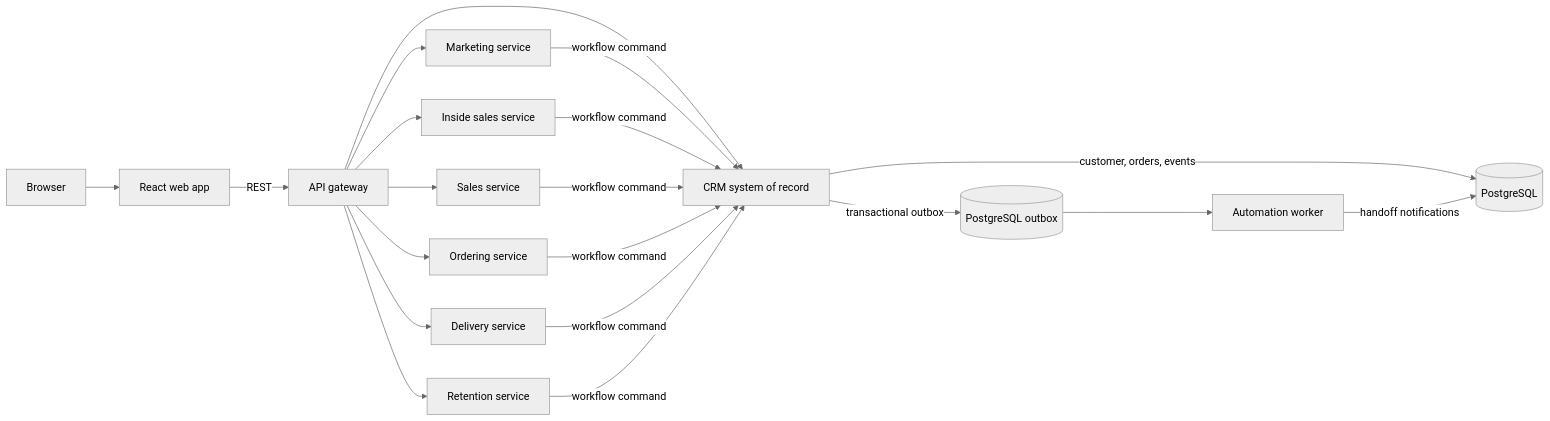
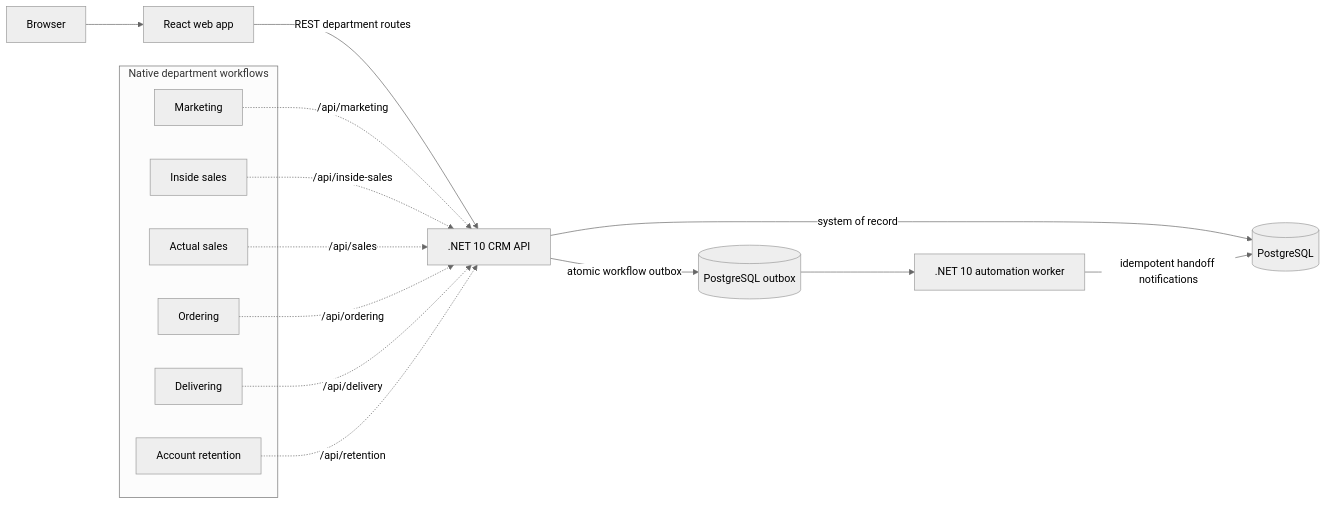
Before and after one commit to bryarcole/lifecycle-crm-platform: the diagram in README.md, drawn with Mermaid (neutral theme). The commit also changed other lines of this file and 71 other files, not shown here.

Commit message:
Migrate CRM backend and worker to .NET 10

````diff
--- a/README.md
+++ b/README.md
@@ -69,22 +88,23 @@
 ```mermaid
 flowchart LR
-    Browser[Browser] --> Web[React web app]
-    Web -->|REST| Gateway[API gateway]
-    Gateway --> Marketing[Marketing service]
-    Gateway --> InsideSales[Inside sales service]
-    Gateway --> Sales[Sales service]
-    Gateway --> Ordering[Ordering service]
-    Gateway --> Delivery[Delivery service]
-    Gateway --> Retention[Retention service]
-    Gateway --> CRM[CRM system of record]
-    Marketing -->|workflow command| CRM
-    InsideSales -->|workflow command| CRM
-    Sales -->|workflow command| CRM
-    Ordering -->|workflow command| CRM
-    Delivery -->|workflow command| CRM
-    Retention -->|workflow command| CRM
-    CRM -->|customer, orders, events| PostgreSQL[(PostgreSQL)]
-    CRM -->|transactional outbox| Outbox[(PostgreSQL outbox)]
-    Outbox --> Automation[Automation worker]
-    Automation -->|handoff notifications| PostgreSQL
+        Browser[Browser] --> Web[React web app]
+        Web -->|REST department routes| API[.NET 10 CRM API]
+        API -->|system of record| PostgreSQL[(PostgreSQL)]
+        API -->|atomic workflow outbox| Outbox[(PostgreSQL outbox)]
+        Outbox --> Worker[.NET 10 automation worker]
+        Worker -->|idempotent handoff notifications| PostgreSQL
+        subgraph Native department workflows
+            Marketing[Marketing]
+            InsideSales[Inside sales]
+            Sales[Actual sales]
+            Ordering[Ordering]
+            Delivery[Delivering]
+            Retention[Account retention]
+        end
+        Marketing -. /api/marketing .-> API
+        InsideSales -. /api/inside-sales .-> API
+        Sales -. /api/sales .-> API
+        Ordering -. /api/ordering .-> API
+        Delivery -. /api/delivery .-> API
+        Retention -. /api/retention .-> API
 ```
````
